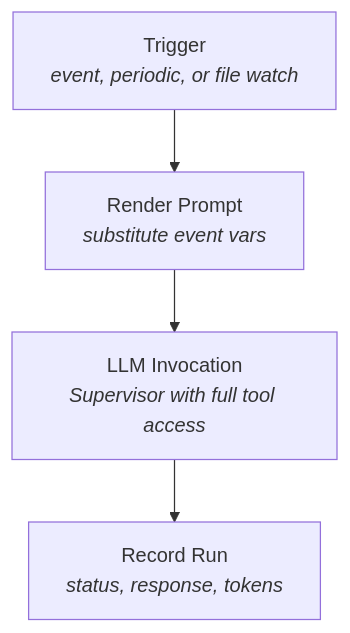
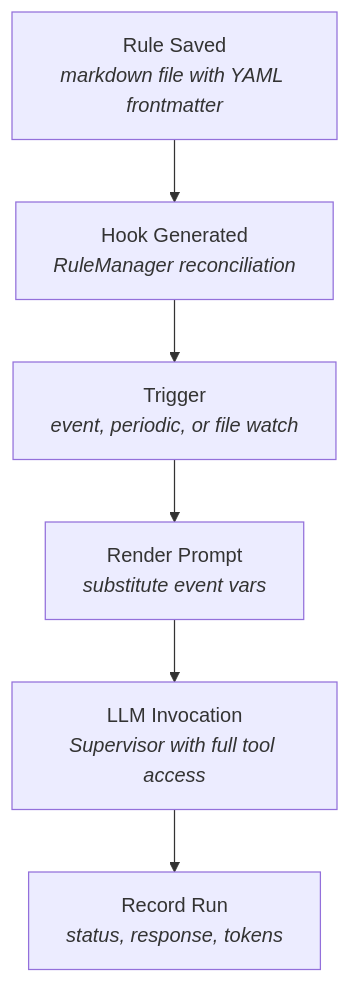
The first of 2 diagrams in specs/hooks.md (darcyle/agent-queue), drawn with Mermaid before and after one commit. The commit also changed other lines of this file and 6 other files, not shown here.

````diff
--- a/specs/hooks.md
+++ b/specs/hooks.md
@@ -18,6 +17,8 @@
 ```mermaid
 flowchart TD
-    A[Trigger<br/><i>event, periodic, or file watch</i>] --> B[Render Prompt<br/><i>substitute event vars</i>]
+    R[Rule Saved<br/><i>markdown file with YAML frontmatter</i>] --> G[Hook Generated<br/><i>RuleManager reconciliation</i>]
+    G --> A[Trigger<br/><i>event, periodic, or file watch</i>]
+    A --> B[Render Prompt<br/><i>substitute event vars</i>]
     B --> C[LLM Invocation<br/><i>Supervisor with full tool access</i>]
     C --> D[Record Run<br/><i>status, response, tokens</i>]
 ```
````
